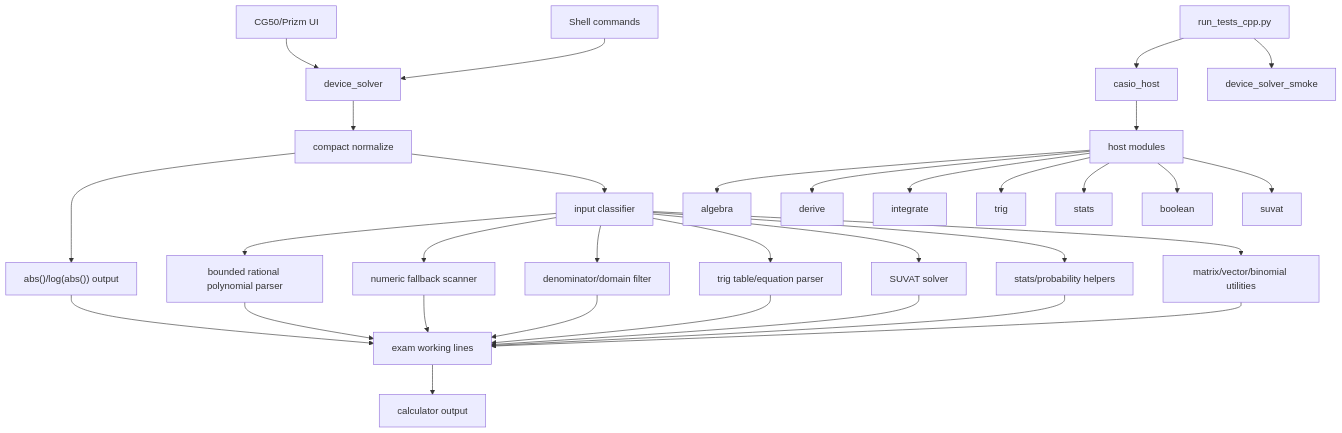
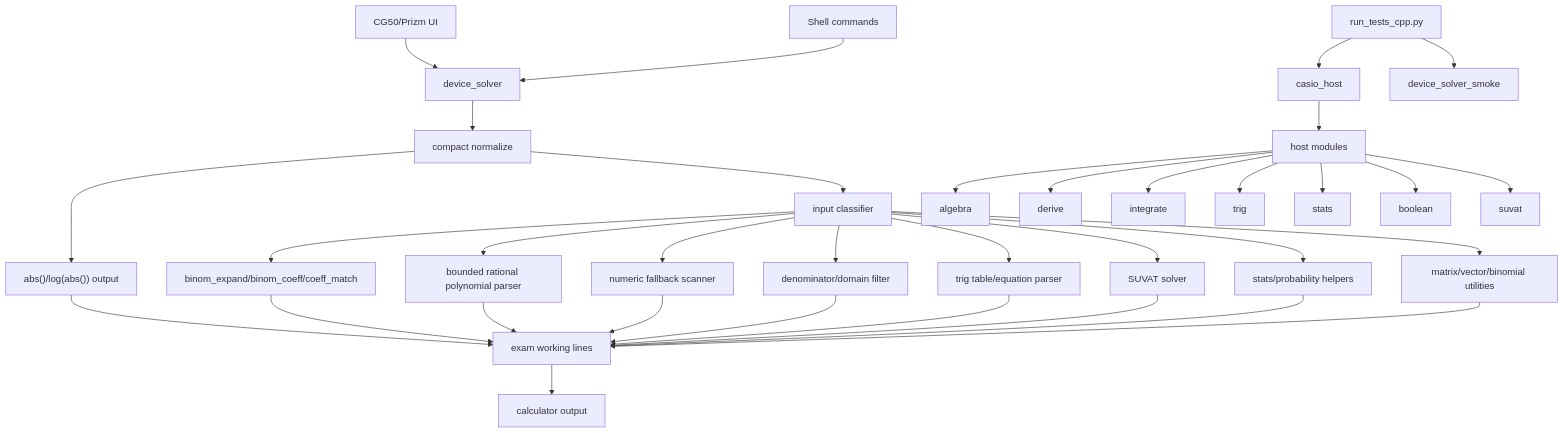
The third of 7 diagrams in c++/GRAPH.md (james8464/notes-addin-casio-fx-cg50), drawn with Mermaid before and after one commit. The commit also changed other lines of this file and 6 other files, not shown here.

````diff
--- a/c++/GRAPH.md
+++ b/c++/GRAPH.md
@@ -40,35 +43,37 @@
 ```mermaid
 graph TD
   UI["CG50/Prizm UI"] --> DS["device_solver"]
   Shell["Shell commands"] --> DS
   DS --> Norm["compact normalize"]
   Norm --> Abs["abs()/log(abs()) output"]
   Norm --> Cls["input classifier"]
+  Cls --> Binom["binom_expand/binom_coeff/coeff_match"]
   Cls --> Poly["bounded rational polynomial parser"]
   Cls --> Num["numeric fallback scanner"]
   Cls --> Rat["denominator/domain filter"]
   Cls --> Trig["trig table/equation parser"]
   Cls --> Suvat["SUVAT solver"]
   Cls --> Stats["stats/probability helpers"]
   Cls --> Util["matrix/vector/binomial utilities"]
   Abs --> Work["exam working lines"]
   Poly --> Work["exam working lines"]
   Num --> Work
   Rat --> Work
   Trig --> Work
   Suvat --> Work
   Stats --> Work
   Util --> Work
+  Binom --> Work
   Work --> Screen["calculator output"]
 
   Host["casio_host"] --> Mods["host modules"]
   Mods --> Alg["algebra"]
   Mods --> Der["derive"]
   Mods --> Int["integrate"]
   Mods --> TrigH["trig"]
   Mods --> StatsH["stats"]
   Mods --> Bool["boolean"]
   Mods --> SuvatH["suvat"]
   Tests["run_tests_cpp.py"] --> Host
   Tests --> Smoke["device_solver_smoke"]
 ```
````
